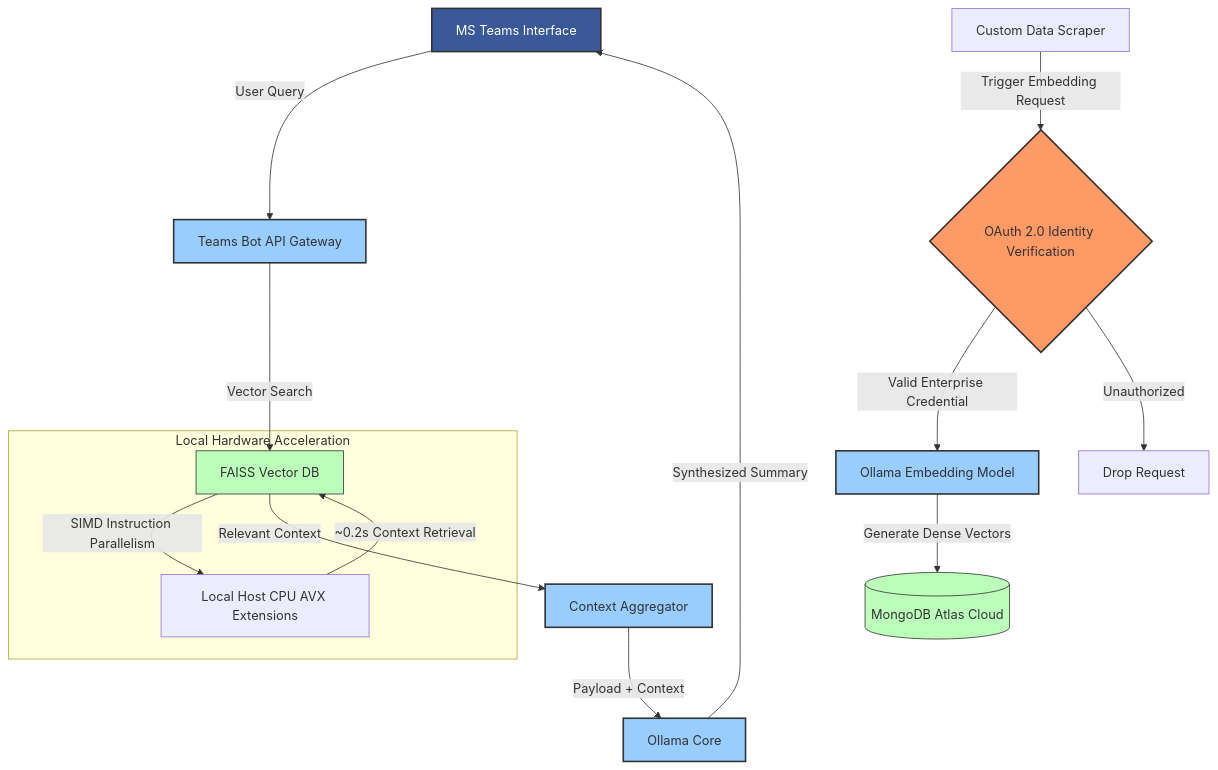
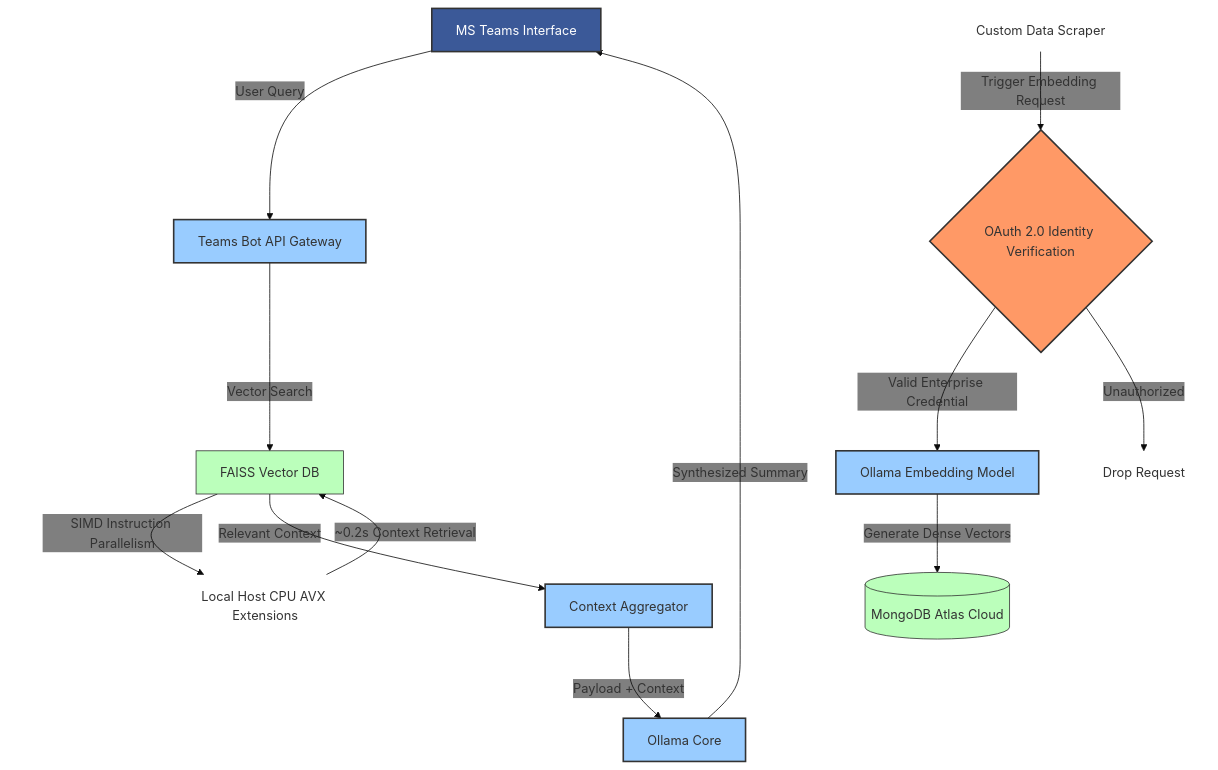
One commit to wevans02/Meta-Employment-Services-Internship changed the diagram in RAG-system/README.md. Above: the diagram before and after it, drawn with Mermaid. The commit also changed 1 other file, not shown here.

Commit message:
Trying to make the graphics easier to read

````diff
--- a/RAG-system/README.md
+++ b/RAG-system/README.md
@@ -7,33 +7,34 @@
 ```mermaid
+%%{init: {'theme': 'base', 'themeVariables': { 'primaryColor': 'transparent', 'edgeLabelBackground':'transparent', 'tertiaryColor': 'transparent'}}}%%
 graph TD
     %% Styling
     classDef client fill:#3b5998,stroke:#333,stroke-width:2px,color:#fff;
     classDef security fill:#f96,stroke:#333,stroke-width:2px;
     classDef engine fill:#9cf,stroke:#333,stroke-width:2px;
     classDef storage fill:#bfb,stroke:#333,stroke-width:1px;
 
     %% Query Pipeline
     Teams[MS Teams Interface] -->|User Query| BotAPI[Teams Bot API Gateway]
     BotAPI -->|Vector Search| FAISS[FAISS Vector DB]
     
     subgraph Local Hardware Acceleration
         FAISS -->|SIMD Instruction Parallelism| CPU[Local Host CPU AVX Extensions]
         CPU -->|~0.2s Context Retrieval| FAISS
     end
     
     FAISS -->|Relevant Context| ContextEngine[Context Aggregator]
     ContextEngine -->|Payload + Context| LocalLLM[Ollama Core]
     LocalLLM -->|Synthesized Summary| Teams
 
     %% Ingestion Pipeline
     Scraper[Custom Data Scraper] -->|Trigger Embedding Request| OAuthCheck{OAuth 2.0 Identity Verification}
     OAuthCheck -->|Valid Enterprise Credential| OllamaEmbed[Ollama Embedding Model]
     OAuthCheck -->|Unauthorized| Deny[Drop Request]
     
     OllamaEmbed -->|Generate Dense Vectors| Atlas[(MongoDB Atlas Cloud)]
 
     class Teams client;
     class OAuthCheck security;
     class BotAPI,LocalLLM,ContextEngine,OllamaEmbed engine;
     class FAISS,Atlas storage;
 ```
````
